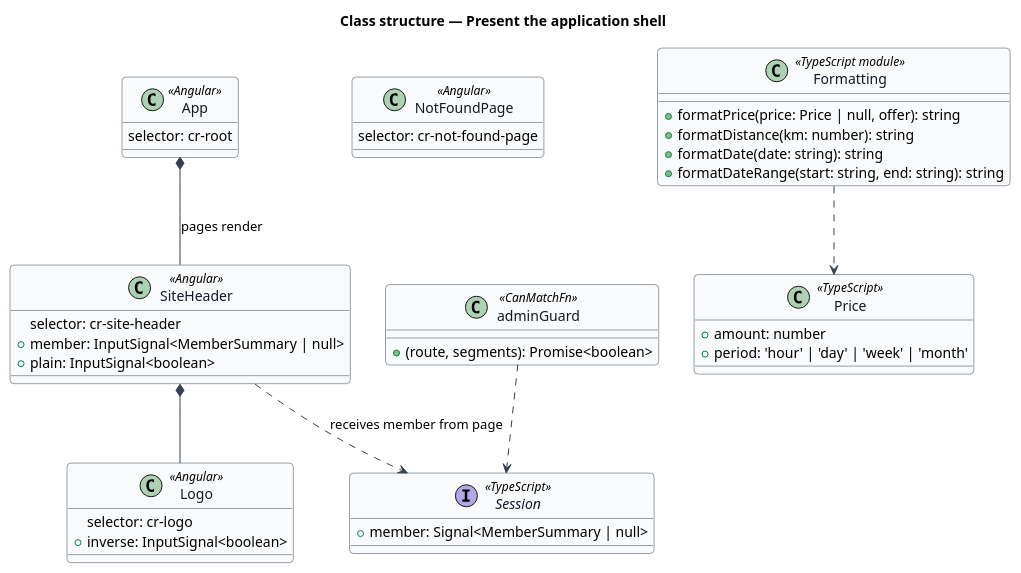
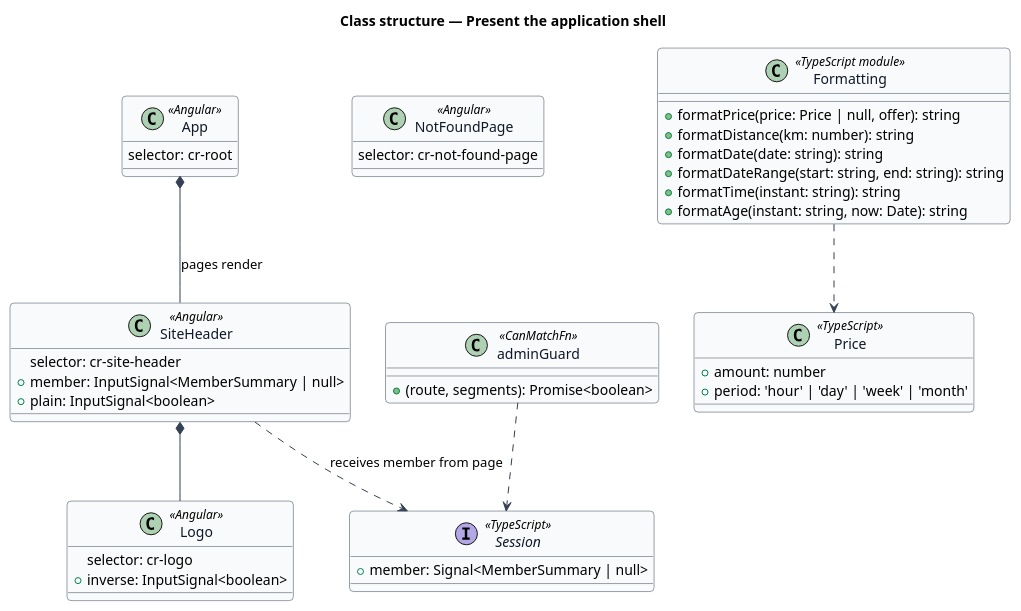
Before and after one commit to QuinntyneBrown/christian-rent: the diagram in docs/detailed-designs/platform/present-app-shell/diagrams/class-structure.puml, drawn with PlantUML. The commit also changed 23 other files, not shown here.

```diff
--- a/docs/detailed-designs/platform/present-app-shell/diagrams/class-structure.puml
+++ b/docs/detailed-designs/platform/present-app-shell/diagrams/class-structure.puml
@@ -1,52 +1,54 @@
 @startuml
 ' --- shared skin header ---
 skinparam backgroundColor #FFFFFF
 skinparam shadowing false
 skinparam roundcorner 8
 skinparam defaultFontName Arial
 skinparam ArrowColor #344054
 skinparam class {
   BorderColor #344054
   FontColor #101828
   BackgroundColor #F9FAFB
 }
 ' --------------------------
 title Class structure — Present the application shell
 
 class App <<Angular>> {
   selector: cr-root
 }
 class Logo <<Angular>> {
   selector: cr-logo
   +inverse: InputSignal<boolean>
 }
 class SiteHeader <<Angular>> {
   selector: cr-site-header
   +member: InputSignal<MemberSummary | null>
   +plain: InputSignal<boolean>
 }
 class NotFoundPage <<Angular>> {
   selector: cr-not-found-page
 }
 class Price <<TypeScript>> {
   +amount: number
   +period: 'hour' | 'day' | 'week' | 'month'
 }
 class Formatting <<TypeScript module>> {
   +formatPrice(price: Price | null, offer): string
   +formatDistance(km: number): string
   +formatDate(date: string): string
   +formatDateRange(start: string, end: string): string
+  +formatTime(instant: string): string
+  +formatAge(instant: string, now: Date): string
 }
 interface Session <<TypeScript>> {
   +member: Signal<MemberSummary | null>
 }
 class adminGuard <<CanMatchFn>> {
   +(route, segments): Promise<boolean>
 }
 App *-- SiteHeader : pages render
 SiteHeader *-- Logo
 SiteHeader ..> Session : receives member from page
 adminGuard ..> Session
 Formatting ..> Price
 @enduml
```
